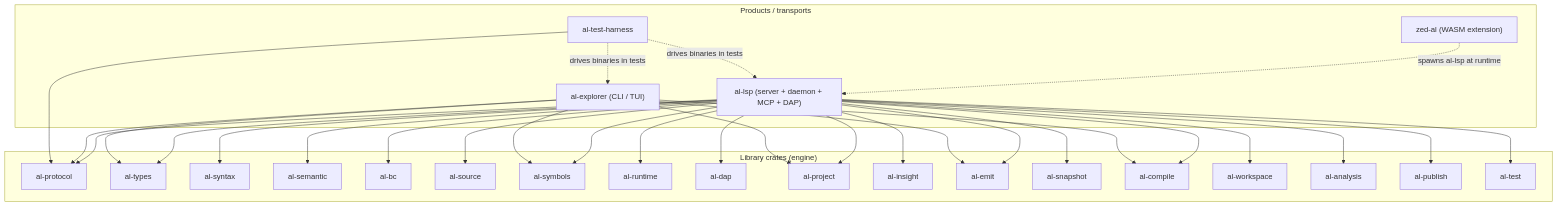
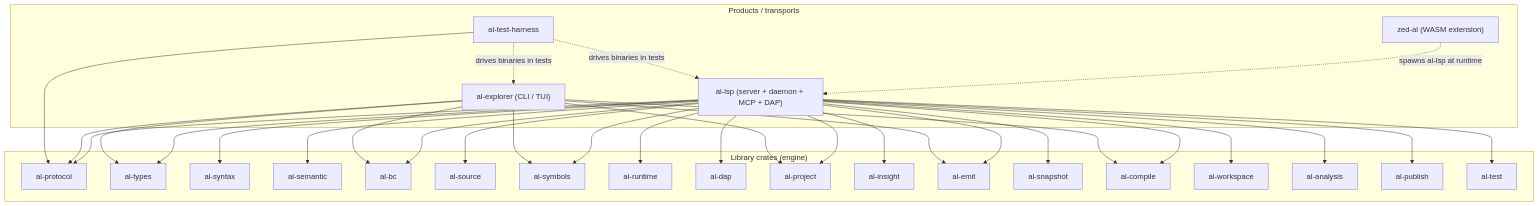
One commit to Brad-Fullwood/al.language.zed changed the second of 3 diagrams in Docs/architecture.md. Above: the diagram before and after it, drawn with Mermaid.

Commit message:
docs(architecture): draw the al-explorer to al-bc dependency the manifest already has

````diff
--- a/Docs/architecture.md
+++ b/Docs/architecture.md
@@ -145,60 +145,61 @@
 ```mermaid
 graph TD
   subgraph Products["Products / transports"]
     zed_al["zed-al (WASM extension)"]
     al_lsp["al-lsp (server + daemon + MCP + DAP)"]
     al_explorer["al-explorer (CLI / TUI)"]
     al_test_harness["al-test-harness"]
   end
   subgraph Lib["Library crates (engine)"]
     al_protocol["al-protocol"]
     al_types["al-types"]
     al_syntax["al-syntax"]
     al_semantic["al-semantic"]
     al_bc["al-bc"]
     al_source["al-source"]
     al_symbols["al-symbols"]
     al_runtime["al-runtime"]
     al_dap["al-dap"]
     al_project["al-project"]
     al_insight["al-insight"]
     al_emit["al-emit"]
     al_snapshot["al-snapshot"]
     al_compile["al-compile"]
     al_workspace["al-workspace"]
     al_analysis["al-analysis"]
     al_publish["al-publish"]
     al_test["al-test"]
   end
 
   al_lsp --> al_protocol
   al_lsp --> al_types
   al_lsp --> al_syntax
   al_lsp --> al_semantic
   al_lsp --> al_bc
   al_lsp --> al_snapshot
   al_lsp --> al_test
   al_lsp --> al_runtime
   al_lsp --> al_source
   al_lsp --> al_dap
   al_lsp --> al_project
   al_lsp --> al_symbols
   al_lsp --> al_emit
   al_lsp --> al_insight
   al_lsp --> al_compile
   al_lsp --> al_workspace
   al_lsp --> al_publish
   al_lsp --> al_analysis
 
   al_explorer --> al_protocol
   al_explorer --> al_types
   al_explorer --> al_emit
+  al_explorer --> al_bc
   al_explorer --> al_project
   al_explorer --> al_compile
   al_explorer --> al_symbols
 
   zed_al -.->|spawns al-lsp at runtime| al_lsp
   al_test_harness --> al_protocol
   al_test_harness -.->|drives binaries in tests| al_lsp
   al_test_harness -.->|drives binaries in tests| al_explorer
 ```
````
